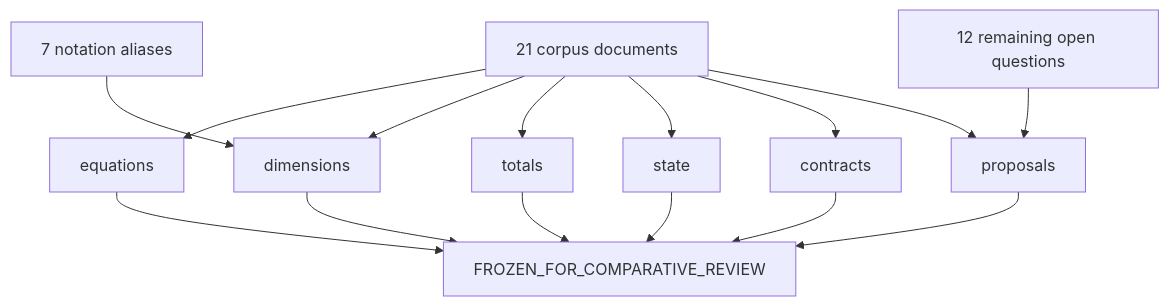
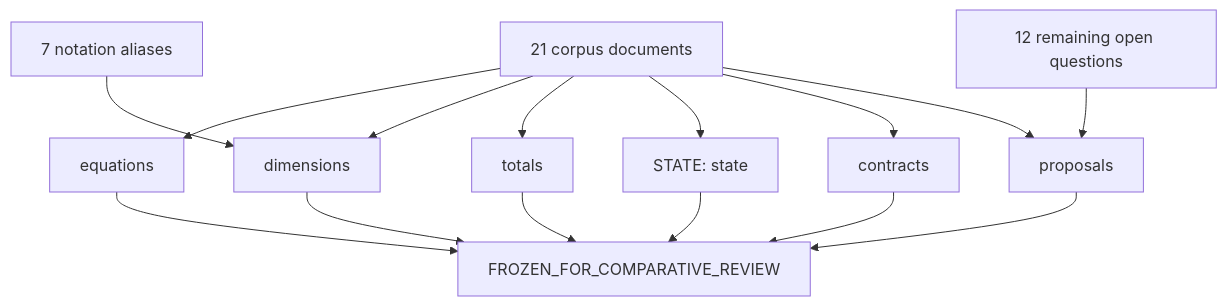
The diagram in docs/architecture/clean-sheet-review.md (Enucatl/qw38), drawn with Mermaid before and after one commit. The commit also changed other lines of this file and 42 other files, not shown here.

````diff
--- a/docs/architecture/clean-sheet-review.md
+++ b/docs/architecture/clean-sheet-review.md
@@ -163,27 +163,27 @@
 ```mermaid
 flowchart TB
   CORPUS[21 corpus documents]
   EQ[equations]
   DIM[dimensions]
   TOT[totals]
-  STATE[state]
+  persistent_state["STATE: state"]
   CONTRACT[contracts]
   PROP[proposals]
   ALIAS[7 notation aliases]
   OPENQ[12 remaining open questions]
   FREEZE[FROZEN_FOR_COMPARATIVE_REVIEW]
   CORPUS --> EQ
   CORPUS --> DIM
   CORPUS --> TOT
-  CORPUS --> STATE
+  CORPUS --> persistent_state
   CORPUS --> CONTRACT
   CORPUS --> PROP
   ALIAS --> DIM
   OPENQ --> PROP
   EQ --> FREEZE
   DIM --> FREEZE
   TOT --> FREEZE
-  STATE --> FREEZE
+  persistent_state --> FREEZE
   CONTRACT --> FREEZE
   PROP --> FREEZE
 ```
````
